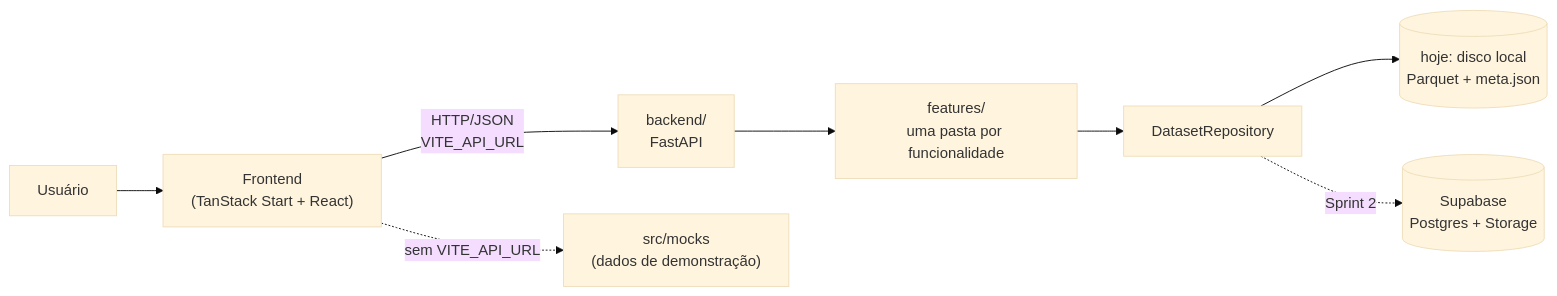
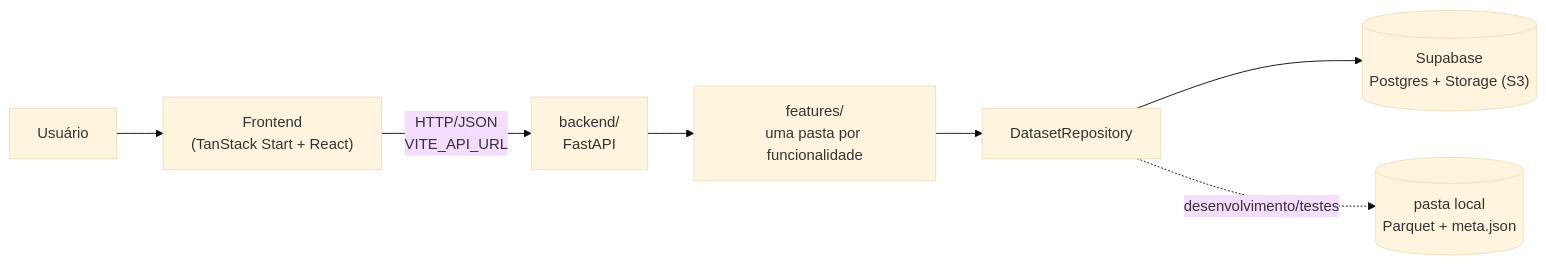
The diagram in docs/ARQUITETURA.md (vinigoezz/DataPulse), drawn with Mermaid (base theme) before and after one commit. The commit also changed other lines of this file and 41 other files, not shown here.

````diff
--- a/docs/ARQUITETURA.md
+++ b/docs/ARQUITETURA.md
@@ -5,10 +5,9 @@
 ```mermaid
 flowchart LR
     U[Usuário] --> FE["Frontend<br/>(TanStack Start + React)"]
     FE -- "HTTP/JSON<br/>VITE_API_URL" --> API["backend/<br/>FastAPI"]
-    FE -. "sem VITE_API_URL" .-> MOCK["src/mocks<br/>(dados de demonstração)"]
     API --> FEAT["features/<br/>uma pasta por funcionalidade"]
     FEAT --> REPO["DatasetRepository"]
-    REPO --> DISK[("hoje: disco local<br/>Parquet + meta.json")]
-    REPO -. "Sprint 2" .-> SB[("Supabase<br/>Postgres + Storage")]
+    REPO --> SB[("Supabase<br/>Postgres + Storage (S3)")]
+    REPO -. "desenvolvimento/testes" .-> DISK[("pasta local<br/>Parquet + meta.json")]
 ```
````
